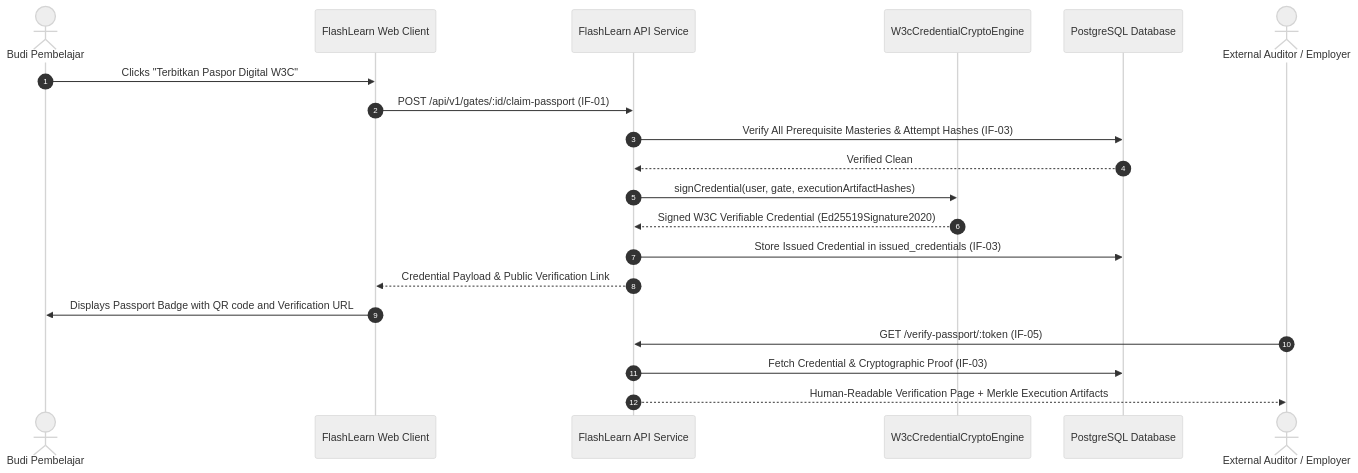
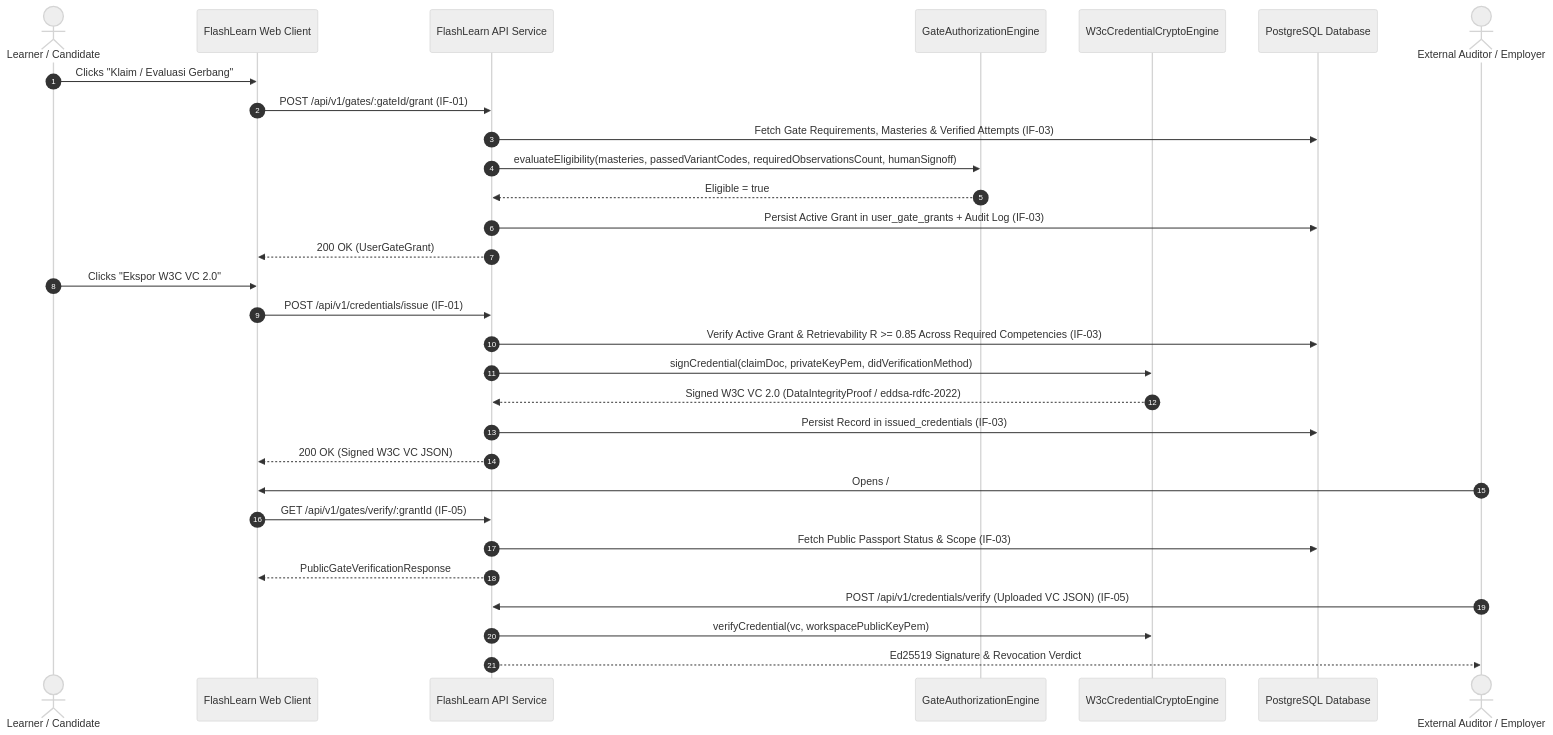
One commit to ihkaru/flashlearn changed the third of 3 diagrams in docs/architecture/06_runtime_view.md. Above: the diagram before and after it, drawn with Mermaid (neutral theme). The commit also changed other lines of this file and 69 other files, not shown here.

````diff
--- a/docs/architecture/06_runtime_view.md
+++ b/docs/architecture/06_runtime_view.md
@@ -120,24 +109,35 @@
 ```mermaid
 sequenceDiagram
     autonumber
-    actor Learner as Budi Pembelajar
+    actor Learner as Learner / Candidate
     participant Web as FlashLearn Web Client
     participant API as FlashLearn API Service
+    participant AuthEngine as GateAuthorizationEngine
     participant Crypto as W3cCredentialCryptoEngine
     participant DB as PostgreSQL Database
     actor Employer as External Auditor / Employer
 
-    Learner->>Web: Clicks "Terbitkan Paspor Digital W3C"
-    Web->>API: POST /api/v1/gates/:id/claim-passport (IF-01)
-    API->>DB: Verify All Prerequisite Masteries & Attempt Hashes (IF-03)
-    DB-->>API: Verified Clean
-    API->>Crypto: signCredential(user, gate, executionArtifactHashes)
-    Crypto-->>API: Signed W3C Verifiable Credential (Ed25519Signature2020)
-    API->>DB: Store Issued Credential in issued_credentials (IF-03)
-    API-->>Web: Credential Payload & Public Verification Link
-    Web->>Learner: Displays Passport Badge with QR code and Verification URL
+    Learner->>Web: Clicks "Klaim / Evaluasi Gerbang"
+    Web->>API: POST /api/v1/gates/:gateId/grant (IF-01)
+    API->>DB: Fetch Gate Requirements, Masteries & Verified Attempts (IF-03)
+    API->>AuthEngine: evaluateEligibility(masteries, passedVariantCodes, requiredObservationsCount, humanSignoff)
+    AuthEngine-->>API: Eligible = true
+    API->>DB: Persist Active Grant in user_gate_grants + Audit Log (IF-03)
+    API-->>Web: 200 OK (UserGateGrant)
 
-    Employer->>API: GET /verify-passport/:token (IF-05)
-    API->>DB: Fetch Credential & Cryptographic Proof (IF-03)
-    API-->>Employer: Human-Readable Verification Page + Merkle Execution Artifacts
+    Learner->>Web: Clicks "Ekspor W3C VC 2.0"
+    Web->>API: POST /api/v1/credentials/issue (IF-01)
+    API->>DB: Verify Active Grant & Retrievability R >= 0.85 Across Required Competencies (IF-03)
+    API->>Crypto: signCredential(claimDoc, privateKeyPem, didVerificationMethod)
+    Crypto-->>API: Signed W3C VC 2.0 (DataIntegrityProof / eddsa-rdfc-2022)
+    API->>DB: Persist Record in issued_credentials (IF-03)
+    API-->>Web: 200 OK (Signed W3C VC JSON)
+
+    Employer->>Web: Opens /#/verify/:grantId (IF-05)
+    Web->>API: GET /api/v1/gates/verify/:grantId (IF-05)
+    API->>DB: Fetch Public Passport Status & Scope (IF-03)
+    API-->>Web: PublicGateVerificationResponse
+    Employer->>API: POST /api/v1/credentials/verify (Uploaded VC JSON) (IF-05)
+    API->>Crypto: verifyCredential(vc, workspacePublicKeyPem)
+    API-->>Employer: Ed25519 Signature & Revocation Verdict
 ```
````
